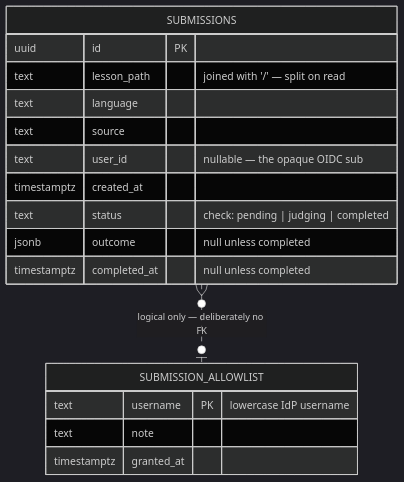
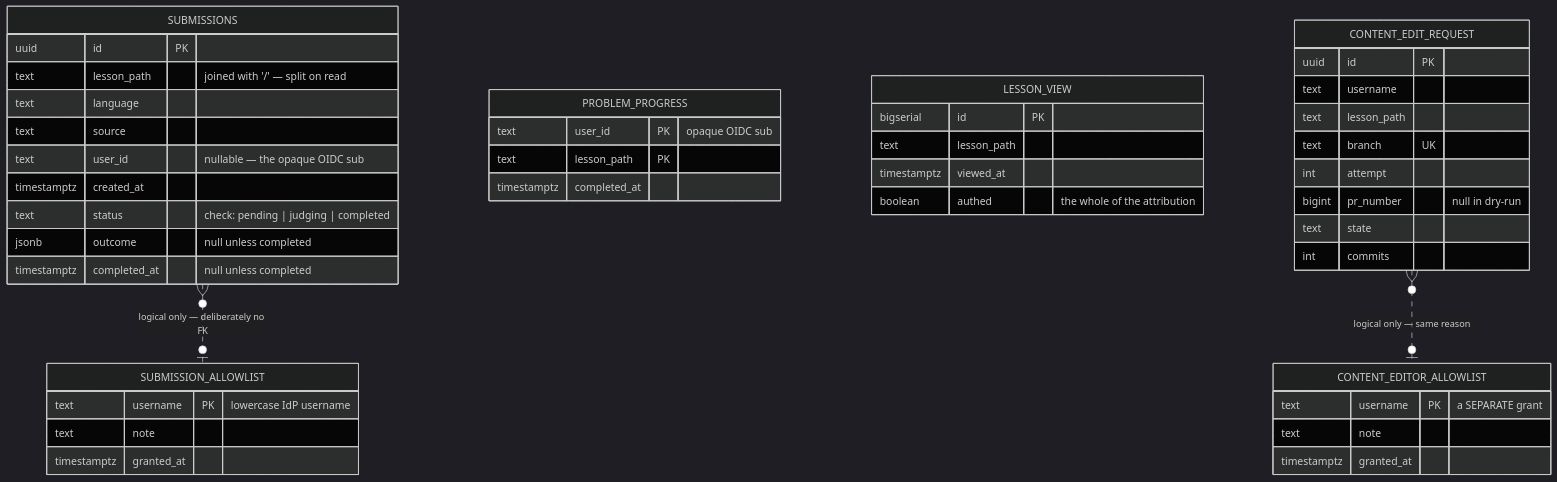
One commit to ani2fun/synapse-content changed the diagram in synapse-app-from-scratch/02-low-level-design/03-data-design.md. Above: the diagram before and after it, drawn with Mermaid (dark theme). The commit also changed other lines of this file and 29 other files, not shown here.

````diff
--- a/synapse-app-from-scratch/02-low-level-design/03-data-design.md
+++ b/synapse-app-from-scratch/02-low-level-design/03-data-design.md
@@ -26,20 +27,47 @@
 ```mermaid
 erDiagram
     SUBMISSIONS {
         uuid id PK
         text lesson_path "joined with '/' — split on read"
         text language
         text source
         text user_id "nullable — the opaque OIDC sub"
         timestamptz created_at
         text status "check: pending | judging | completed"
         jsonb outcome "null unless completed"
         timestamptz completed_at "null unless completed"
     }
     SUBMISSION_ALLOWLIST {
         text username PK "lowercase IdP username"
         text note
         timestamptz granted_at
     }
+    PROBLEM_PROGRESS {
+        text user_id PK "opaque OIDC sub"
+        text lesson_path PK
+        timestamptz completed_at
+    }
+    LESSON_VIEW {
+        bigserial id PK
+        text lesson_path
+        timestamptz viewed_at
+        boolean authed "the whole of the attribution"
+    }
+    CONTENT_EDITOR_ALLOWLIST {
+        text username PK "a SEPARATE grant"
+        text note
+        timestamptz granted_at
+    }
+    CONTENT_EDIT_REQUEST {
+        uuid id PK
+        text username
+        text lesson_path
+        text branch UK
+        int attempt
+        bigint pr_number "null in dry-run"
+        text state
+        int commits
+    }
     SUBMISSIONS }o..o| SUBMISSION_ALLOWLIST : "logical only — deliberately no FK"
+    CONTENT_EDIT_REQUEST }o..o| CONTENT_EDITOR_ALLOWLIST : "logical only — same reason"
 ```
````
